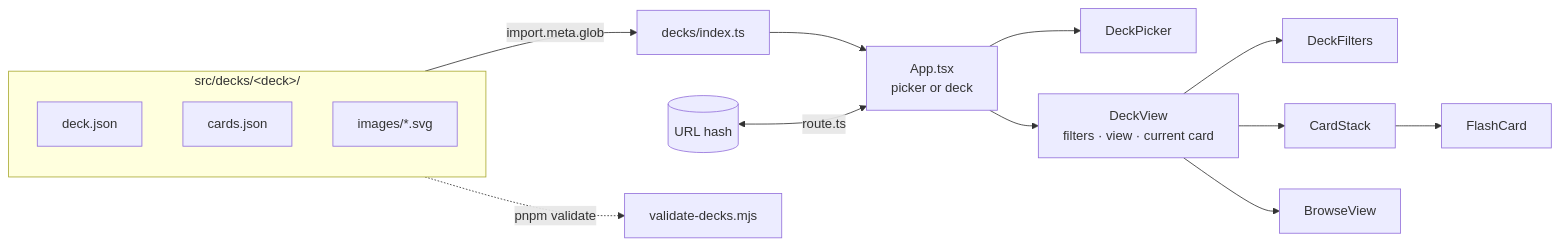
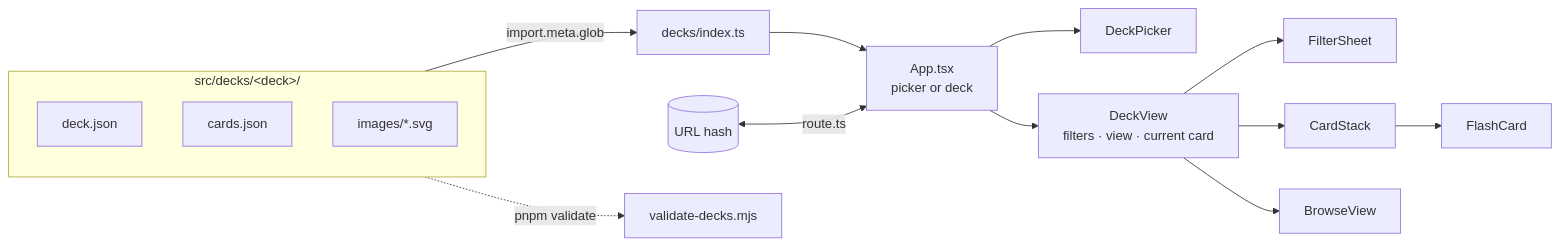
Before and after one commit to pearpages/flashcards: the diagram in architecture.md, drawn with Mermaid. The commit also changed other lines of this file and 37 other files, not shown here.

````diff
--- a/architecture.md
+++ b/architecture.md
@@ -37,15 +42,15 @@
 ```mermaid
 flowchart LR
   subgraph data["src/decks/&lt;deck&gt;/"]
     deck[deck.json] ; cards[cards.json] ; imgs[images/*.svg]
   end
   data -->|import.meta.glob| loader[decks/index.ts]
   loader --> app[App.tsx<br/>picker or deck]
   hash[(URL hash)] <-->|route.ts| app
   app --> picker[DeckPicker]
   app --> view[DeckView<br/>filters · view · current card]
-  view --> filters[DeckFilters]
+  view --> filters[FilterSheet]
   view --> stack[CardStack] --> card[FlashCard]
   view --> browse[BrowseView]
   data -.->|pnpm validate| validator[validate-decks.mjs]
 ```
````
